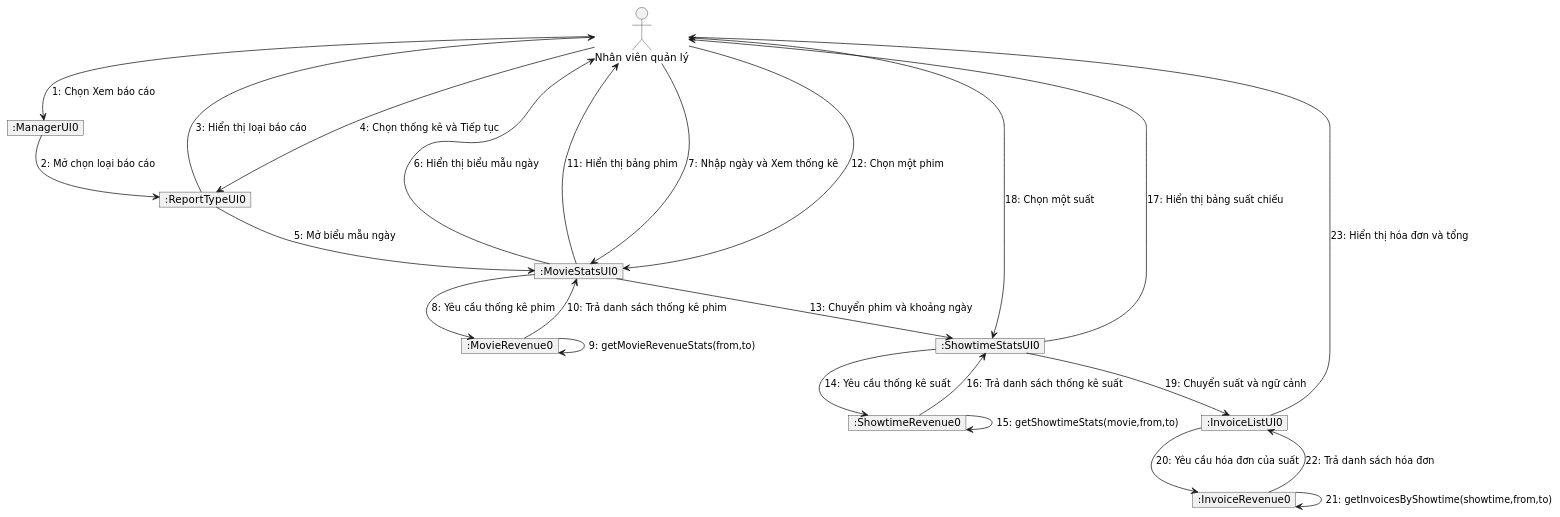
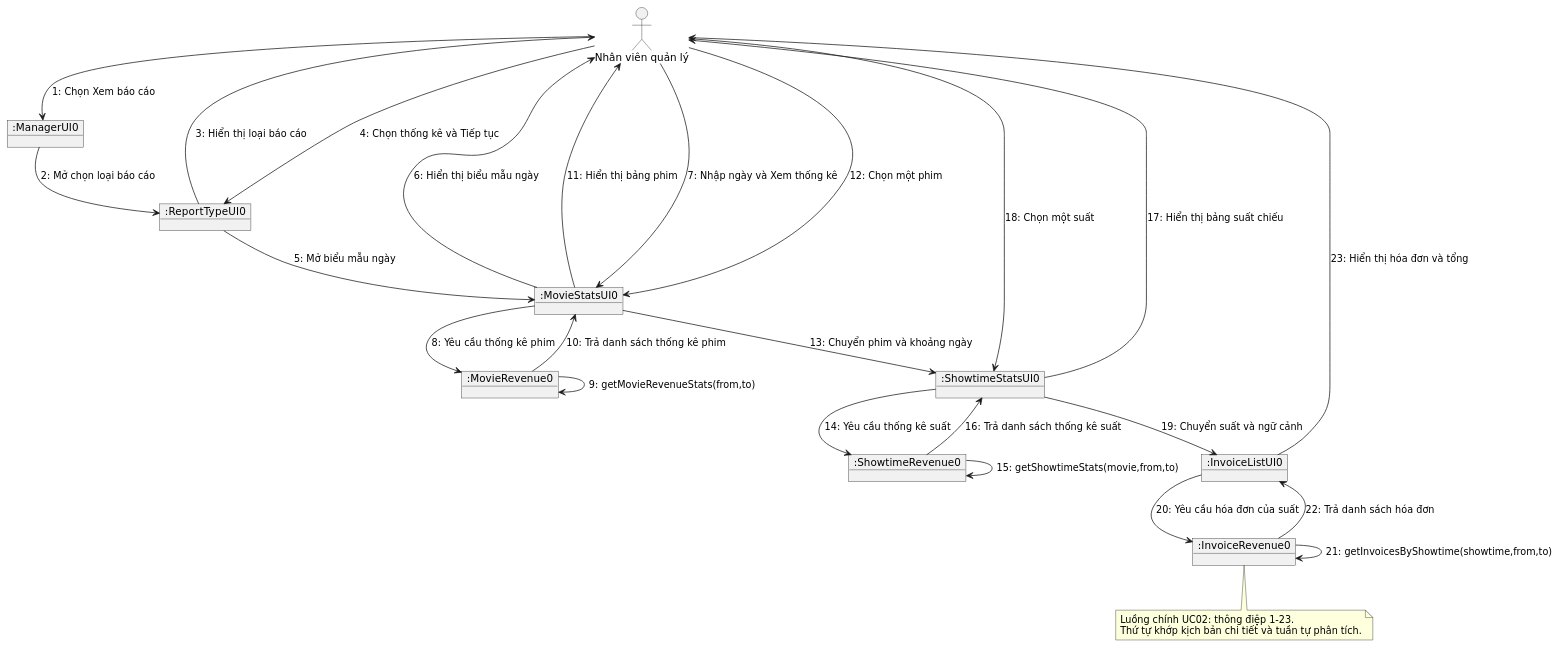
One commit to tinhatinh/PTTK changed the diagram in uml/phan-tich/06-revenue-communication.puml. Above: the diagram before and after it, drawn with PlantUML. The commit also changed 97 other files, not shown here.

Commit message:
Finalize CineMan analysis design diagrams and report

```diff
--- a/uml/phan-tich/06-revenue-communication.puml
+++ b/uml/phan-tich/06-revenue-communication.puml
@@ -1,39 +1,41 @@
 @startuml 06-revenue-communication
 skinparam defaultFontName DejaVu Sans
 skinparam shadowing false
-skinparam classAttributeIconSize 0
-hide empty members
 allowmixing
 actor "Nhân viên quản lý" as A
 object ":ManagerUI0" as H
 object ":ReportTypeUI0" as T
 object ":MovieStatsUI0" as M
 object ":ShowtimeStatsUI0" as S
 object ":InvoiceListUI0" as I
 object ":MovieRevenue0" as MS
 object ":ShowtimeRevenue0" as SS
 object ":InvoiceRevenue0" as IS
 A --> H : 1: Chọn Xem báo cáo
 H --> T : 2: Mở chọn loại báo cáo
 T --> A : 3: Hiển thị loại báo cáo
 A --> T : 4: Chọn thống kê và Tiếp tục
 T --> M : 5: Mở biểu mẫu ngày
 M --> A : 6: Hiển thị biểu mẫu ngày
 A --> M : 7: Nhập ngày và Xem thống kê
 M --> MS : 8: Yêu cầu thống kê phim
 MS --> MS : 9: getMovieRevenueStats(from,to)
 MS --> M : 10: Trả danh sách thống kê phim
 M --> A : 11: Hiển thị bảng phim
 A --> M : 12: Chọn một phim
 M --> S : 13: Chuyển phim và khoảng ngày
 S --> SS : 14: Yêu cầu thống kê suất
 SS --> SS : 15: getShowtimeStats(movie,from,to)
 SS --> S : 16: Trả danh sách thống kê suất
 S --> A : 17: Hiển thị bảng suất chiếu
 A --> S : 18: Chọn một suất
 S --> I : 19: Chuyển suất và ngữ cảnh
 I --> IS : 20: Yêu cầu hóa đơn của suất
 IS --> IS : 21: getInvoicesByShowtime(showtime,from,to)
 IS --> I : 22: Trả danh sách hóa đơn
 I --> A : 23: Hiển thị hóa đơn và tổng
+note bottom
+Luồng chính UC02: thông điệp 1–23.
+Thứ tự khớp kịch bản chi tiết và tuần tự phân tích.
+end note
 @enduml
```
